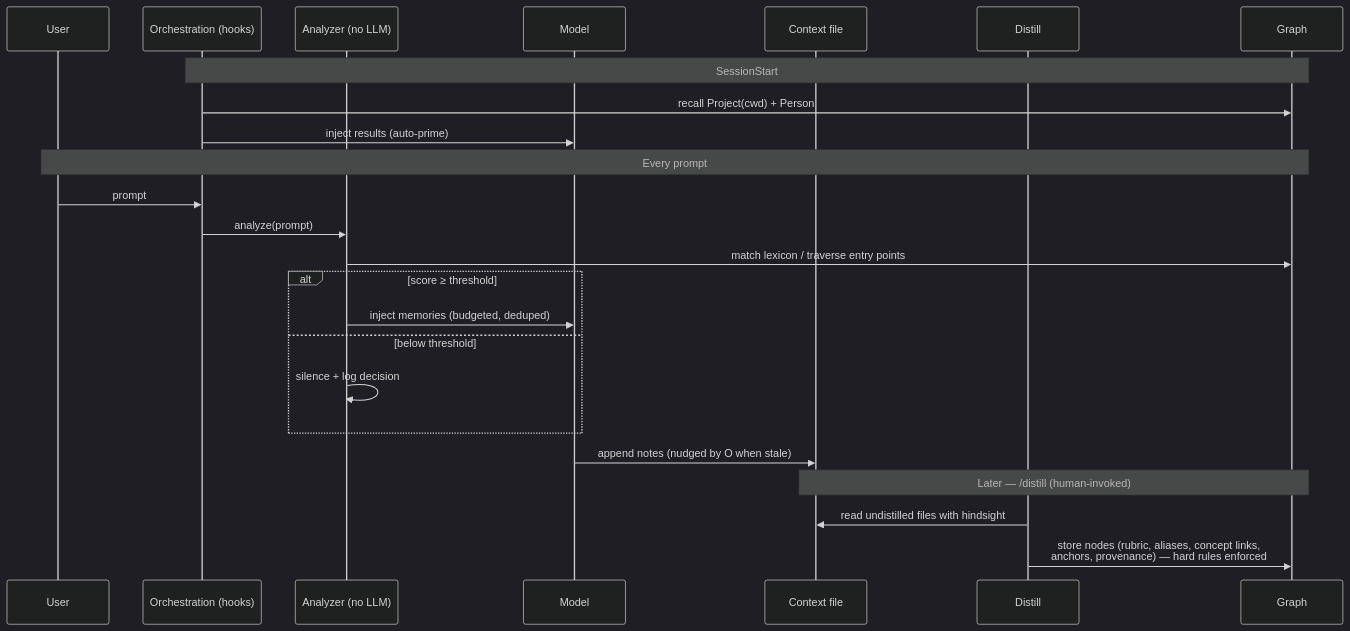
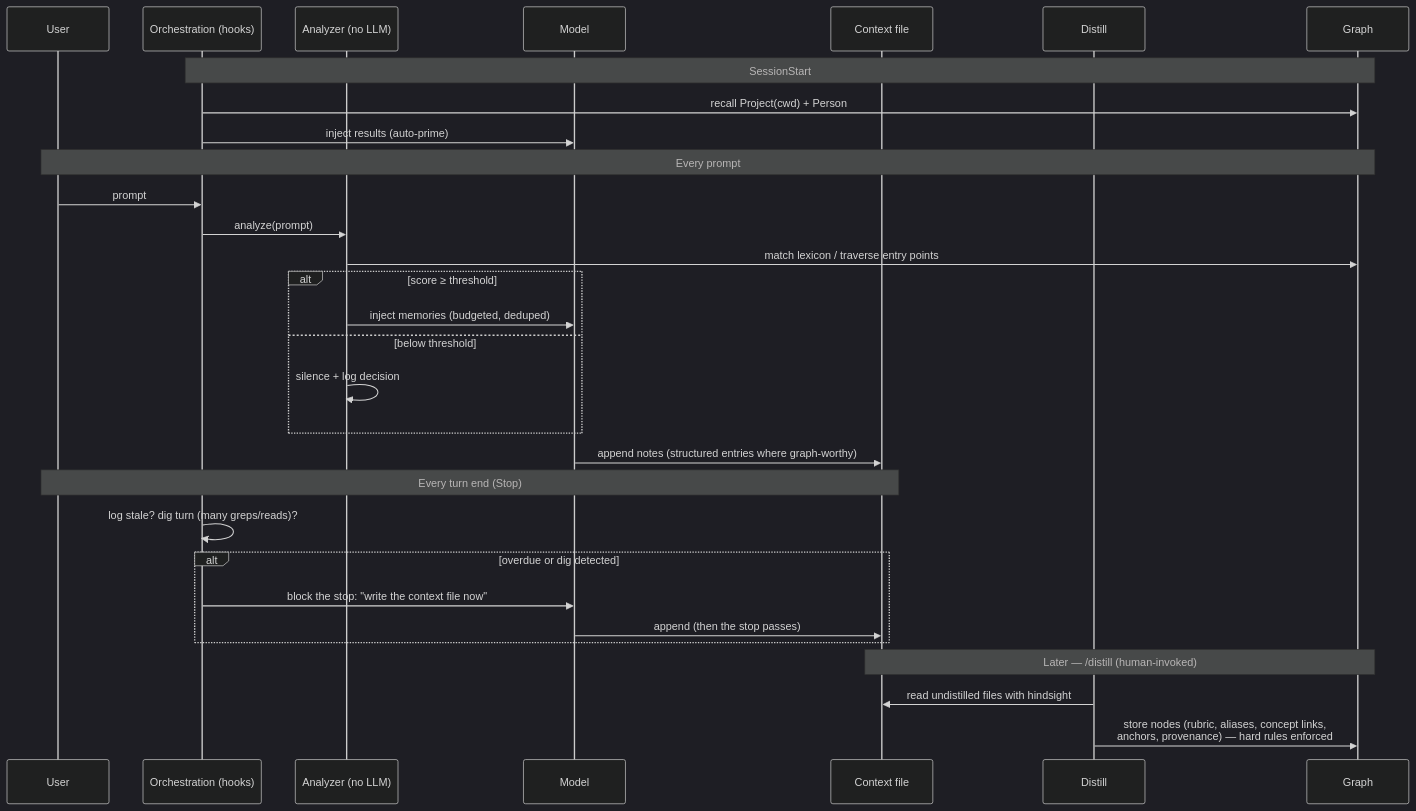
Before and after one commit to StuCM/claude-memory-graph: the second of 4 diagrams in docs/SYSTEM.md, drawn with Mermaid (dark theme). The commit also changed other lines of this file and 3 other files, not shown here.

First line of the commit message:
docs: surface Stop blocks, structured entries, dig counter, code lanes, manifestsIn in main docs

````diff
--- a/docs/SYSTEM.md
+++ b/docs/SYSTEM.md
@@ -57,29 +57,36 @@
 ```mermaid
 sequenceDiagram
     participant U as User
     participant O as Orchestration (hooks)
     participant A as Analyzer (no LLM)
     participant M as Model
     participant C as Context file
     participant D as Distill
     participant G as Graph
 
     Note over O,G: SessionStart
     O->>G: recall Project(cwd) + Person
     O->>M: inject results (auto-prime)
 
     Note over U,G: Every prompt
     U->>O: prompt
     O->>A: analyze(prompt)
     A->>G: match lexicon / traverse entry points
     alt score ≥ threshold
         A->>M: inject memories (budgeted, deduped)
     else below threshold
         A->>A: silence + log decision
     end
-    M->>C: append notes (nudged by O when stale)
+    M->>C: append notes (structured entries where graph-worthy)
+
+    Note over U,C: Every turn end (Stop)
+    O->>O: log stale? dig turn (many greps/reads)?
+    alt overdue or dig detected
+        O->>M: block the stop: "write the context file now"
+        M->>C: append (then the stop passes)
+    end
 
     Note over C,G: Later — /distill (human-invoked)
     D->>C: read undistilled files with hindsight
     D->>G: store nodes (rubric, aliases, concept links,<br/>anchors, provenance) — hard rules enforced
 ```
````
